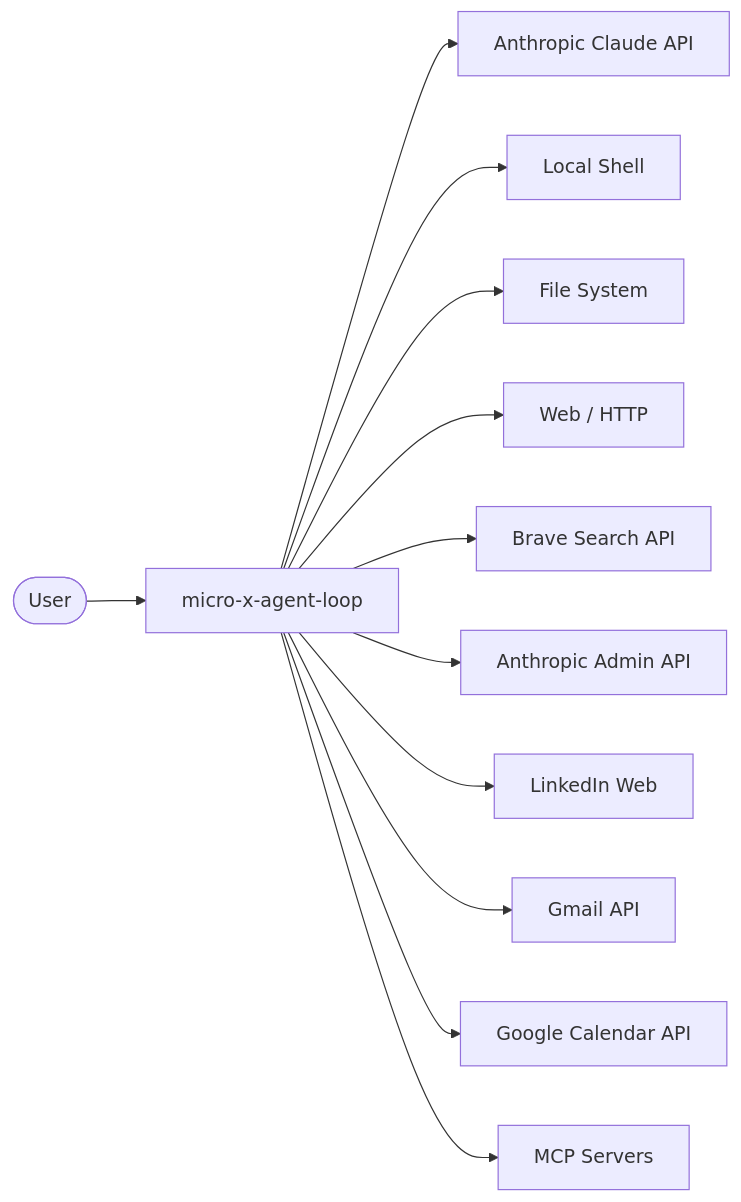
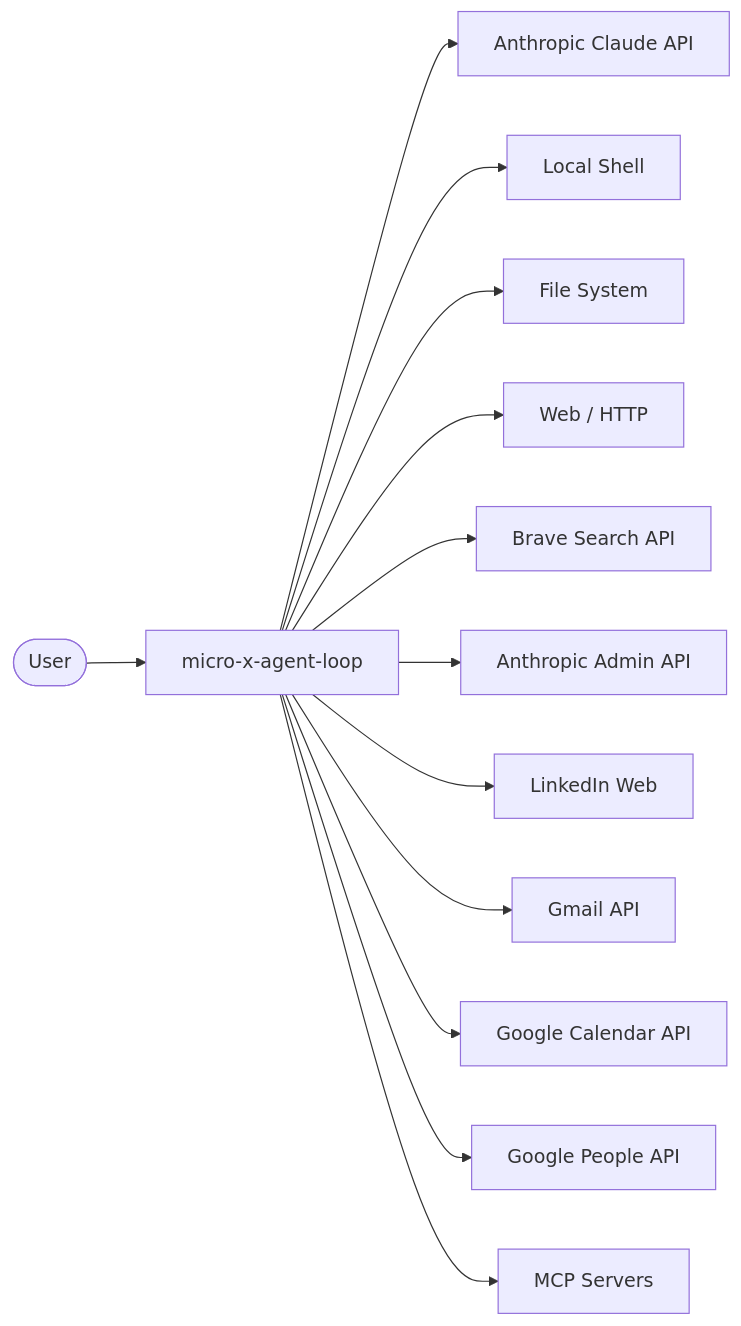
One commit to StephenDenisEdwards/micro-x-agent-loop-dotnet changed the first of 4 diagrams in documentation/docs/architecture/SAD.md. Above: the diagram before and after it, drawn with Mermaid. The commit also changed other lines of this file and 23 other files, not shown here.

````diff
--- a/documentation/docs/architecture/SAD.md
+++ b/documentation/docs/architecture/SAD.md
@@ -43,14 +43,15 @@
 ```mermaid
 graph LR
     User([User]) --> Agent[micro-x-agent-loop]
     Agent --> Claude[Anthropic Claude API]
     Agent --> Shell[Local Shell]
     Agent --> FS[File System]
     Agent --> Web[Web / HTTP]
     Agent --> Brave[Brave Search API]
     Agent --> AnthropicAdmin[Anthropic Admin API]
     Agent --> LinkedIn[LinkedIn Web]
     Agent --> Gmail[Gmail API]
     Agent --> Calendar[Google Calendar API]
+    Agent --> Contacts[Google People API]
     Agent --> MCP[MCP Servers]
 ```
````
